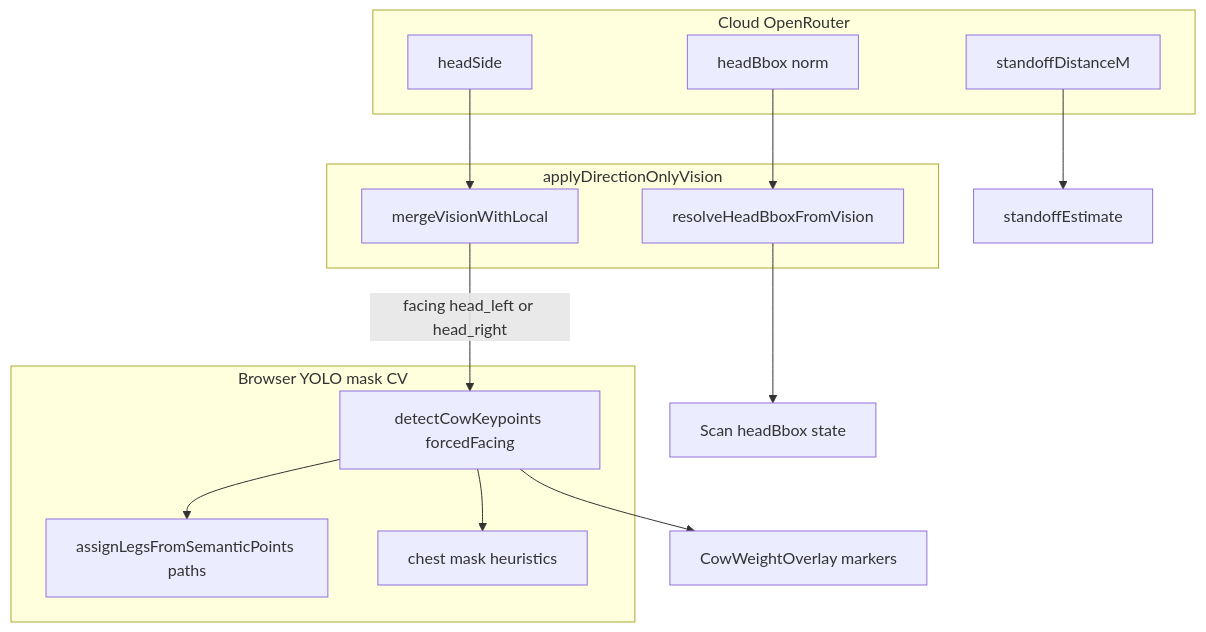
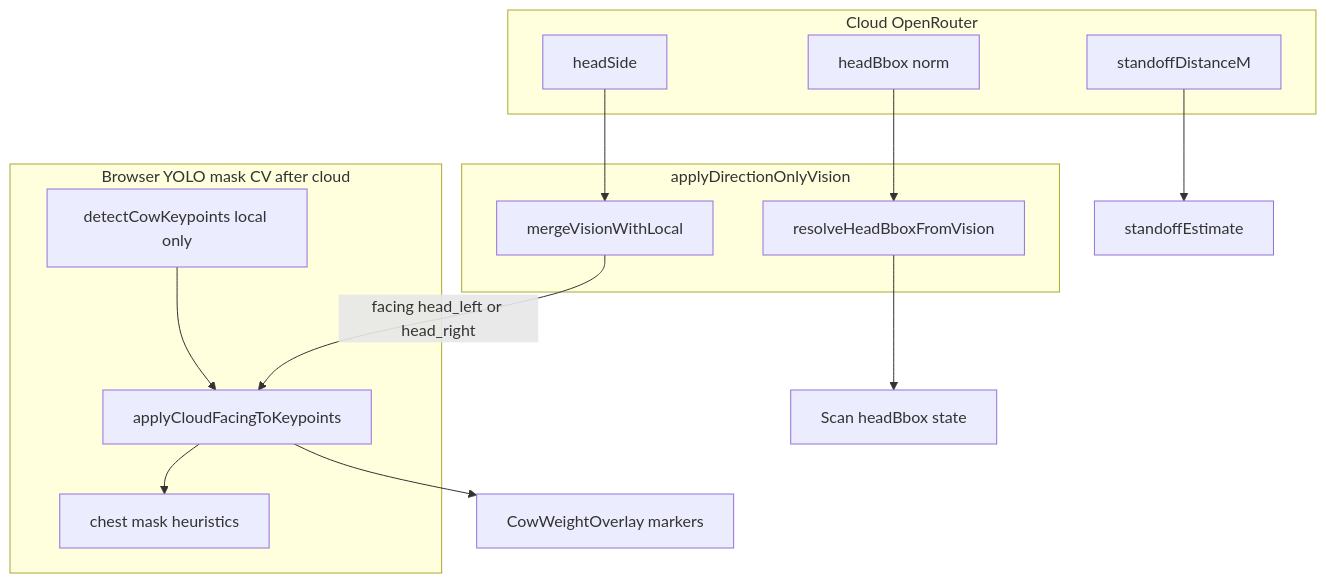
One commit to SASagorAhmed/Farm-Bondhu changed the second of 2 diagrams in frontend/src/lib/cowWeight/cloudai.md. Above: the diagram before and after it, drawn with Mermaid. The commit also changed other lines of this file and 2 other files, not shown here.

Commit message:
docs(cowWeight): update cloud AI, module notes, and research paper

````diff
--- a/frontend/src/lib/cowWeight/cloudai.md
+++ b/frontend/src/lib/cowWeight/cloudai.md
@@ -161,28 +161,28 @@
 ```mermaid
 flowchart TB
   subgraph cloud [Cloud OpenRouter]
     HS[headSide]
     HB[headBbox norm]
     SO[standoffDistanceM]
   end
 
   subgraph merge [applyDirectionOnlyVision]
     MF[mergeVisionWithLocal]
     RH[resolveHeadBboxFromVision]
   end
 
-  subgraph yolo [Browser YOLO mask CV]
-    FK[detectCowKeypoints forcedFacing]
-    LEG[assignLegsFromSemanticPoints paths]
+  subgraph yolo [Browser YOLO mask CV after cloud]
+    FK[detectCowKeypoints local only]
+    AF[applyCloudFacingToKeypoints]
     CH[chest mask heuristics]
   end
 
   HS --> MF
-  MF -->|facing head_left or head_right| FK
+  MF -->|facing head_left or head_right| AF
+  FK --> AF
   HB --> RH
   RH --> ScanHeadBox[Scan headBbox state]
   SO --> Standoff[standoffEstimate]
-  FK --> LEG
-  FK --> CH
-  FK --> Overlay[CowWeightOverlay markers]
+  AF --> CH
+  AF --> Overlay[CowWeightOverlay markers]
 ```
````
